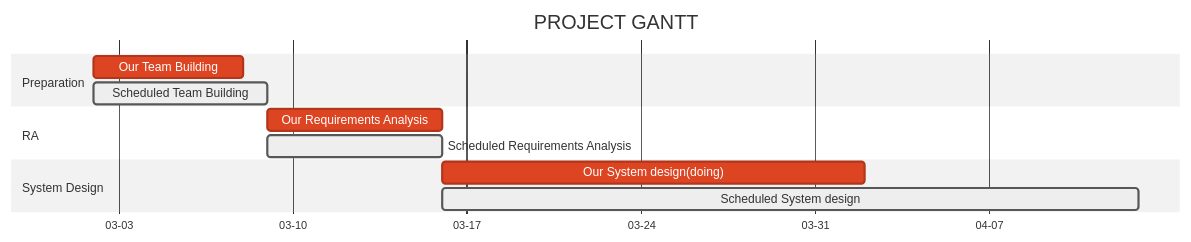
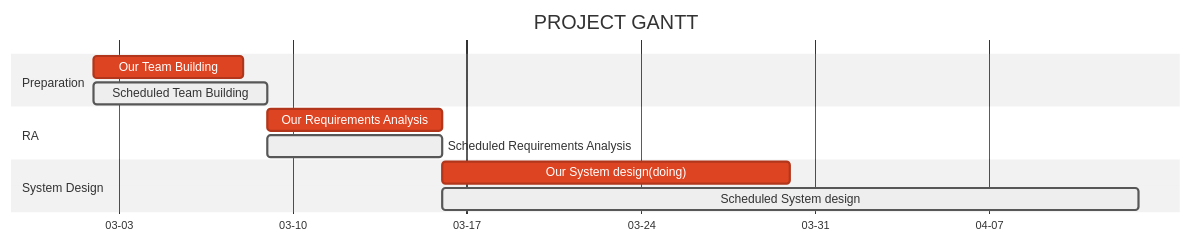
One commit to zkc3783/dream-share-discover changed the diagram in CALENDER.md. Above: the diagram before and after it, drawn with Mermaid (neutral theme). The commit also changed other lines of this file and 1 other file, not shown here.

````diff
--- a/CALENDER.md
+++ b/CALENDER.md
@@ -9,15 +9,15 @@
 ```mermaid
 gantt
 dateFormat MM-DD
 axisFormat %m-%d
 title PROJECT GANTT
 section Preparation
 Our Team Building: crit, a1, 03-02, 6d
 Scheduled Team Building: active, a3, 03-02, 7d
 section RA
 Our Requirements Analysis: crit, 03-09 , 7d
 Scheduled Requirements Analysis: active, 03-09, 7d
 section System Design
-Our System design(doing): crit, 03-16, 17d
+Our System design(doing): crit, 03-16, 14d
 Scheduled System design: active, 03-16, 28d
 ```
````
